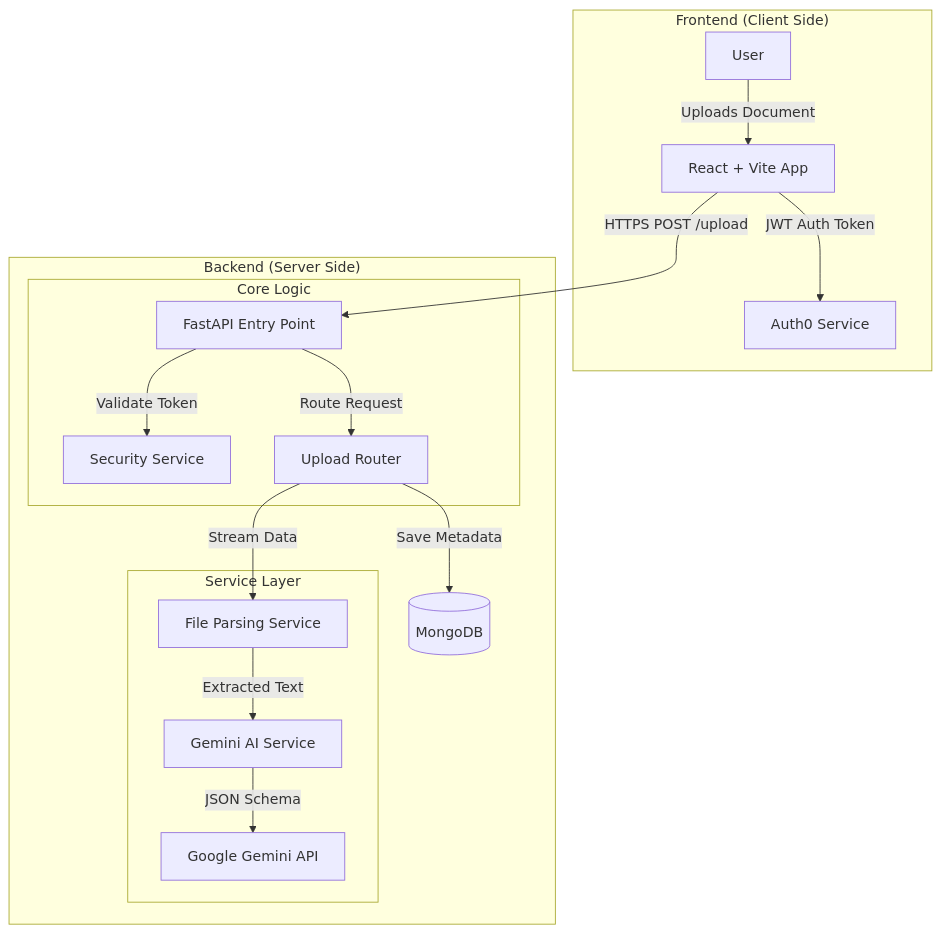
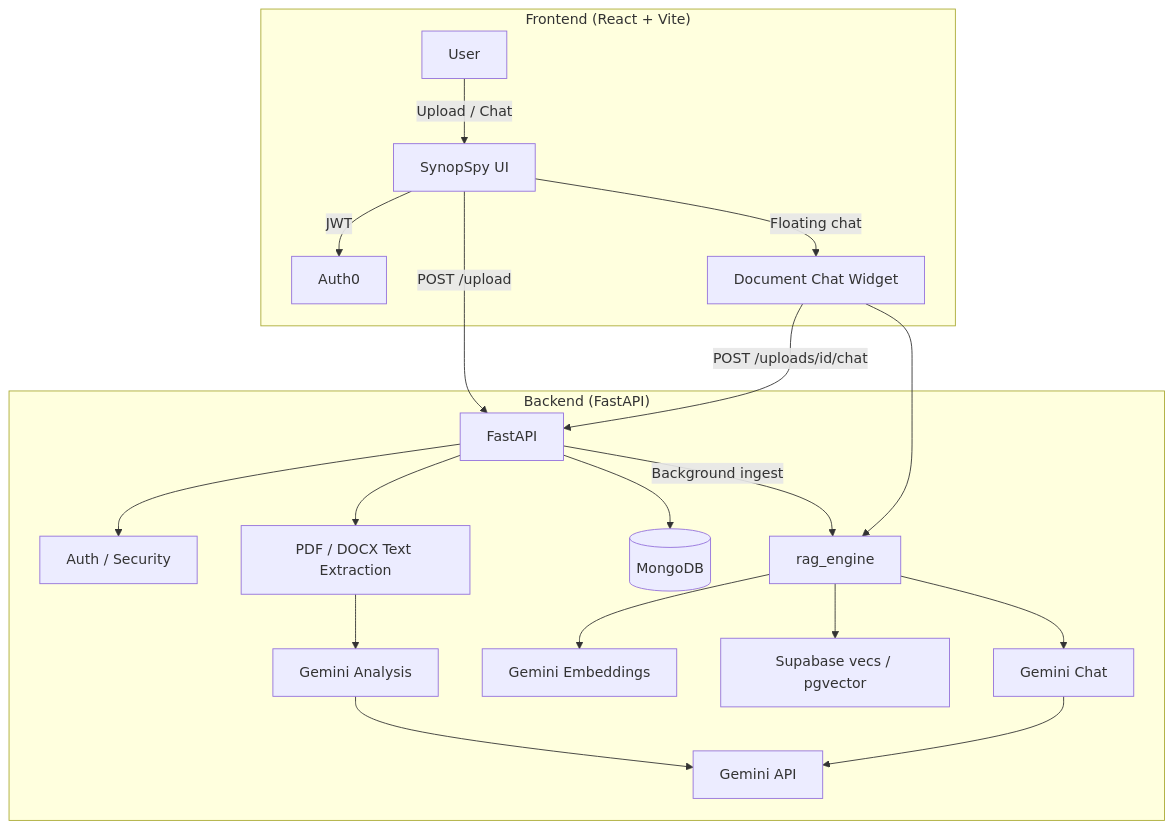
One commit to ashram15/synopspy changed the diagram in README.md. Above: the diagram before and after it, drawn with Mermaid. The commit also changed other lines of this file and 28 other files, not shown here.

Commit message:
added RAG chatbot feature with supabase integration

````diff
--- a/README.md
+++ b/README.md
@@ -24,24 +78,26 @@
 ```mermaid
 graph TD
-    subgraph Client ["Frontend (Client Side)"]
-        User[User] -->|Uploads Document| UI[React + Vite App]
-        UI -->|JWT Auth Token| Auth0[Auth0 Service]
+    subgraph Client ["Frontend (React + Vite)"]
+        User[User] -->|Upload / Chat| UI[SynopSpy UI]
+        UI -->|JWT| Auth0[Auth0]
+        UI -->|Floating chat| ChatWidget[Document Chat Widget]
     end
 
-    subgraph Server ["Backend (Server Side)"]
-        UI -->|HTTPS POST /upload| API[FastAPI Entry Point]
-        
-        subgraph Core ["Core Logic"]
-            API -->|Validate Token| Sec[Security Service]
-            API -->|Route Request| Router[Upload Router]
-        end
+    subgraph Server ["Backend (FastAPI)"]
+        UI -->|POST /upload| API[FastAPI]
+        ChatWidget -->|POST /uploads/id/chat| API
 
-        subgraph Services ["Service Layer"]
-            Router -->|Stream Data| FileSvc[File Parsing Service]
-            FileSvc -->|Extracted Text| AISvc[Gemini AI Service]
-            AISvc -->|JSON Schema| LLM[Google Gemini API]
-        end
-        
-        Router -->|Save Metadata| DB[(MongoDB)]
+        API --> Sec[Auth / Security]
+        API --> FileSvc[PDF / DOCX Text Extraction]
+        FileSvc --> GeminiAnalysis[Gemini Analysis]
+        GeminiAnalysis --> LLM[Gemini API]
+
+        API --> Mongo[(MongoDB)]
+        API -->|Background ingest| RAG[rag_engine]
+        RAG --> Embed[Gemini Embeddings]
+        RAG --> Vecs[Supabase vecs / pgvector]
+        ChatWidget --> RAG
+        RAG --> GeminiChat[Gemini Chat]
+        GeminiChat --> LLM
     end
 ```
````
